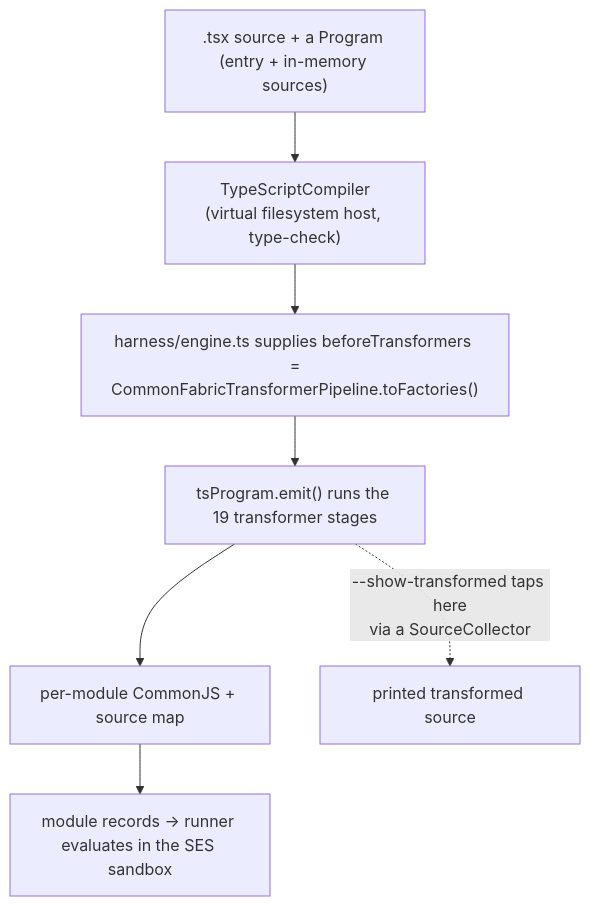
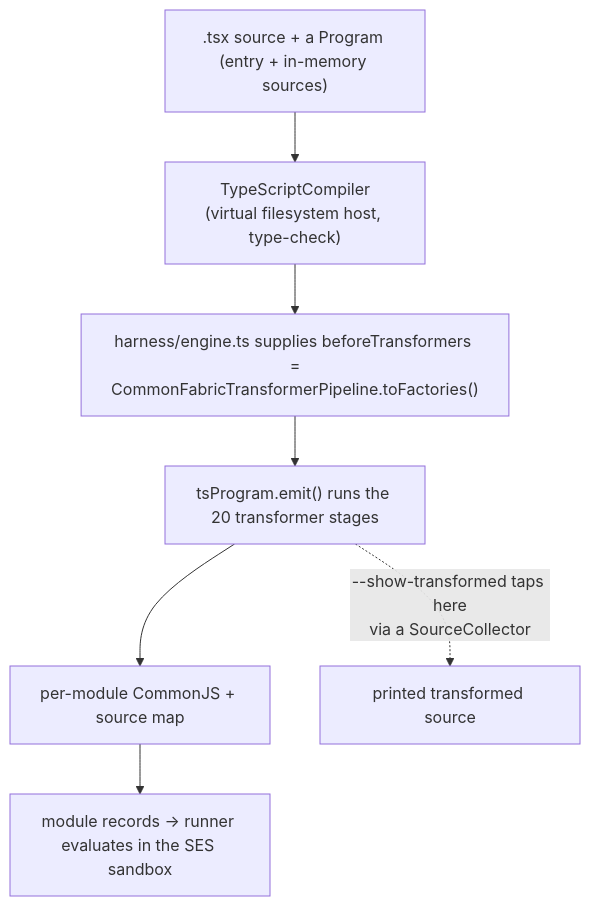
One commit to commontoolsinc/labs changed the second of 5 diagrams in docs/development/orientation/compile-pipeline.md. Above: the diagram before and after it, drawn with Mermaid. The commit also changed other lines of this file and 8 other files, not shown here.

````diff
--- a/docs/development/orientation/compile-pipeline.md
+++ b/docs/development/orientation/compile-pipeline.md
@@ -58,12 +58,12 @@
 ```mermaid
 flowchart TB
     src[".tsx source + a Program (entry + in-memory sources)"]
     compiler["TypeScriptCompiler<br/>(virtual filesystem host, type-check)"]
     bridge["harness/engine.ts supplies beforeTransformers =<br/>CommonFabricTransformerPipeline.toFactories()"]
-    emit["tsProgram.emit() runs the 19 transformer stages"]
+    emit["tsProgram.emit() runs the 20 transformer stages"]
     out["per-module CommonJS + source map"]
     records["module records → runner evaluates in the SES sandbox"]
 
     src --> compiler --> bridge --> emit --> out --> records
     emit -.->|"--show-transformed taps here<br/>via a SourceCollector"| dump["printed transformed source"]
 ```
````
